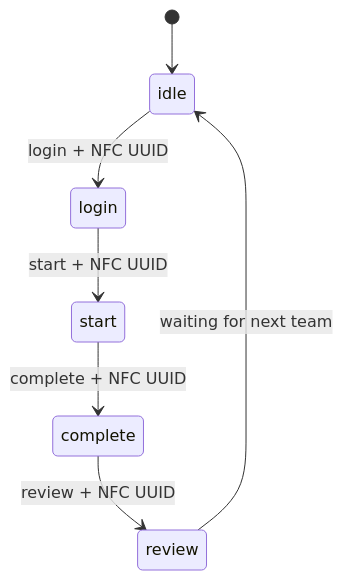
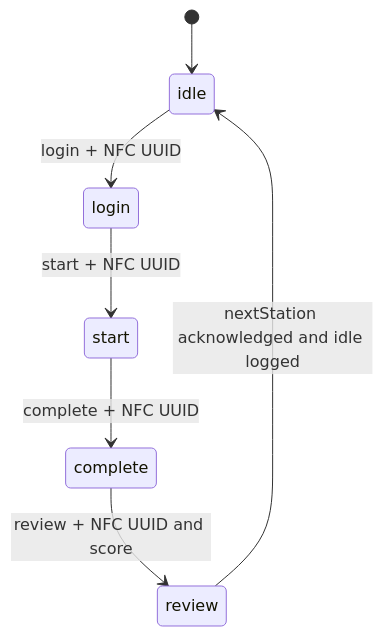
The second of 4 diagrams in README.md (GnomUltras/backend), drawn with Mermaid before and after one commit. The commit also changed other lines of this file and 5 other files, not shown here.

Commit message:
Add nextStation topic

````diff
--- a/README.md
+++ b/README.md
@@ -113,9 +123,9 @@
 ```mermaid
 stateDiagram-v2
     [*] --> idle
     idle --> login: login + NFC UUID
     login --> start: start + NFC UUID
     start --> complete: complete + NFC UUID
-    complete --> review: review + NFC UUID
-    review --> idle: waiting for next team
+    complete --> review: review + NFC UUID and score
+    review --> idle: nextStation acknowledged and idle logged
 ```
````
